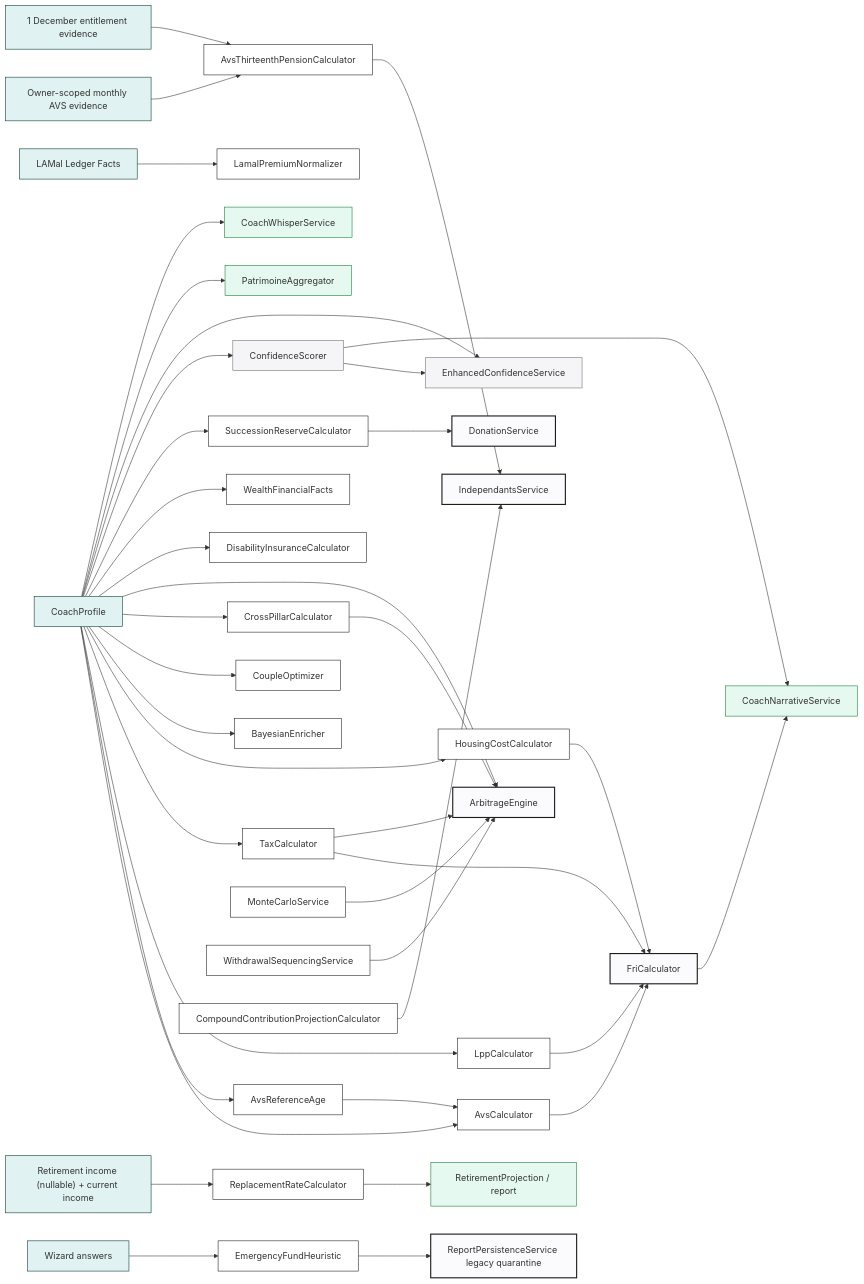
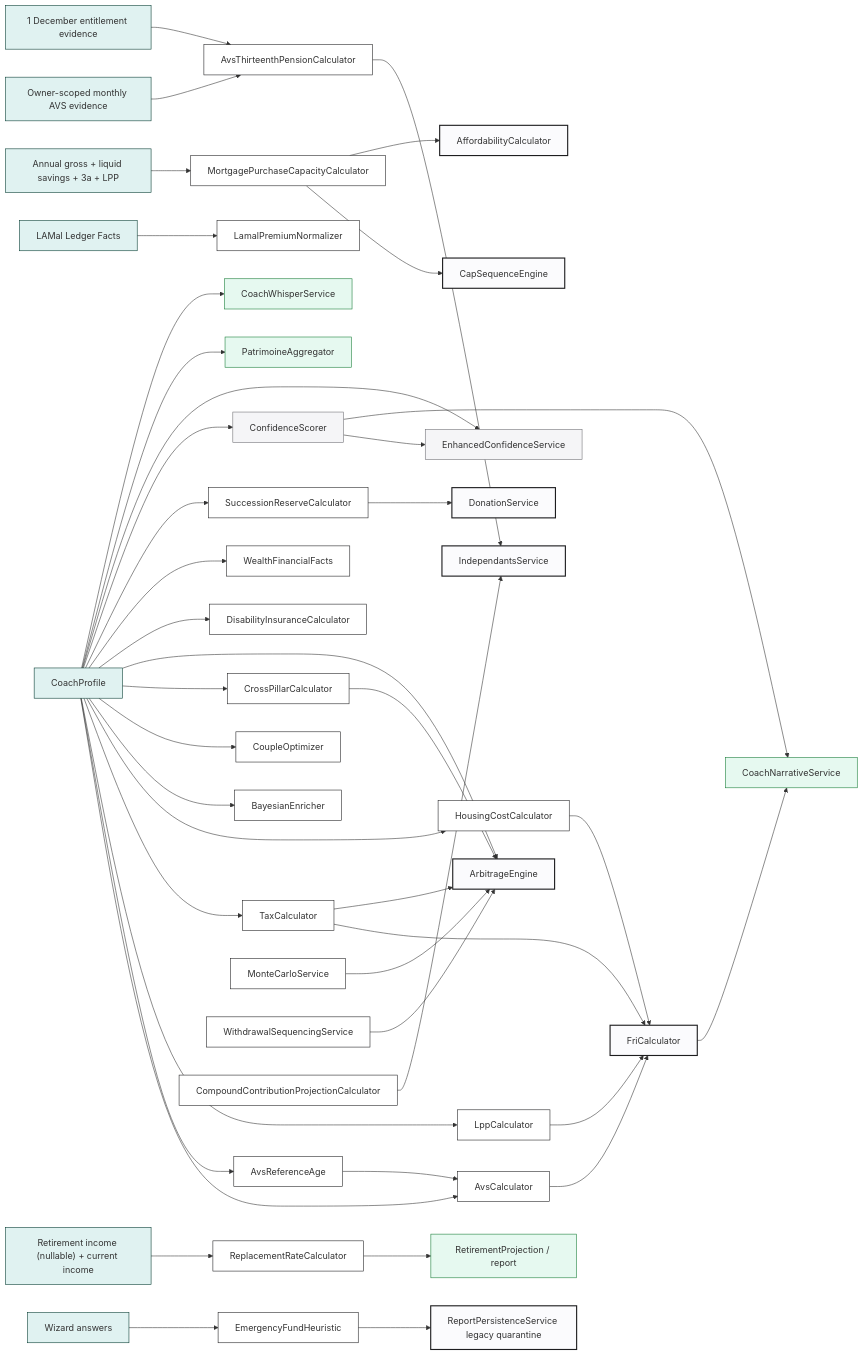
The diagram in docs/calculator-graph.md (MINT-IA/MINT), drawn with Mermaid before and after one commit. The commit also changed other lines of this file and 5 other files, not shown here.

Commit message:
fix(g1): centralize CapSequence financial estimates

````diff
--- a/docs/calculator-graph.md
+++ b/docs/calculator-graph.md
@@ -26,55 +26,58 @@
 ```mermaid
 flowchart LR
     PROFILE[CoachProfile]:::profile
 
     PROFILE --> AVS[AvsCalculator]:::calc
     PROFILE --> AVS_REF[AvsReferenceAge]:::calc
     AVS_REF --> AVS
     AVS_MONTHS["Owner-scoped monthly AVS evidence"]:::profile --> AVS_13[AvsThirteenthPensionCalculator]:::calc
     AVS_DECEMBER["1 December entitlement evidence"]:::profile --> AVS_13
     AVS_13 --> INDEP
     PROFILE --> LPP[LppCalculator]:::calc
     PROFILE --> TAX[TaxCalculator]:::calc
     PROFILE --> HOUSING[HousingCostCalculator]:::calc
+    PURCHASE_FACTS["Annual gross + liquid savings + 3a + LPP"]:::profile --> PURCHASE_CAP[MortgagePurchaseCapacityCalculator]:::calc
+    PURCHASE_CAP --> CAP_SEQUENCE[CapSequenceEngine]:::composer
+    PURCHASE_CAP --> AFFORDABILITY[AffordabilityCalculator]:::composer
     PROFILE --> BAYESIAN[BayesianEnricher]:::calc
 
     AVS --> FRI[FriCalculator]:::composer
     LPP --> FRI
     TAX --> FRI
     HOUSING --> FRI
 
     PROFILE --> COUPLE[CoupleOptimizer]:::calc
     PROFILE --> CROSS[CrossPillarCalculator]:::calc
     PROFILE --> ARB[ArbitrageEngine]:::composer
     CROSS --> ARB
     TAX --> ARB
     PROFILE --> DISABILITY[DisabilityInsuranceCalculator]:::calc
     REPORT_INCOME["Retirement income (nullable) + current income"]:::profile --> REPLACEMENT[ReplacementRateCalculator]:::calc
     REPLACEMENT --> RETIREMENT_REPORT["RetirementProjection / report"]:::ui
     WIZARD[Wizard answers]:::profile --> EMERGENCY[EmergencyFundHeuristic]:::calc
     EMERGENCY --> PERSIST[ReportPersistenceService legacy quarantine]:::composer
     PROFILE --> WEALTH[WealthFinancialFacts]:::calc
     PROFILE --> SUCCESSION[SuccessionReserveCalculator]:::calc
     LAMAL_FACTS[LAMal Ledger Facts]:::profile --> LAMAL[LamalPremiumNormalizer]:::calc
 
     PROFILE --> CONF[ConfidenceScorer]:::score
     PROFILE --> CONF_ENH[EnhancedConfidenceService]:::score
     CONF --> CONF_ENH
 
     PROFILE --> PAT[PatrimoineAggregator]:::ui
     PROFILE --> WHISPER[CoachWhisperService]:::ui
 
     FRI --> NAR[CoachNarrativeService]:::ui
     CONF --> NAR
 
     MC[MonteCarloService]:::calc --> ARB
     WITHDRAW[WithdrawalSequencingService]:::calc --> ARB
     COMPOUND[CompoundContributionProjectionCalculator]:::calc --> INDEP[IndependantsService]:::composer
     SUCCESSION --> DONATION[DonationService]:::composer
 
     classDef profile fill:#E0F2F1,stroke:#00382E
     classDef calc fill:#FFF,stroke:#1D1D1F
     classDef composer fill:#FBFBFD,stroke:#1D1D1F,stroke-width:2px
     classDef score fill:#F5F5F7,stroke:#6E6E73
     classDef ui fill:#E6F9F0,stroke:#157B35
 ```
````
